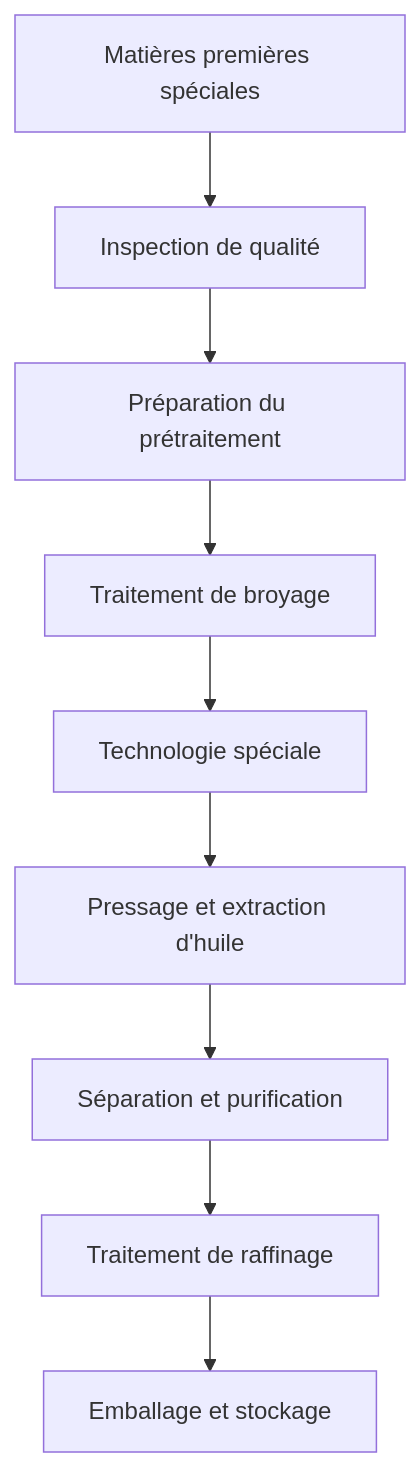
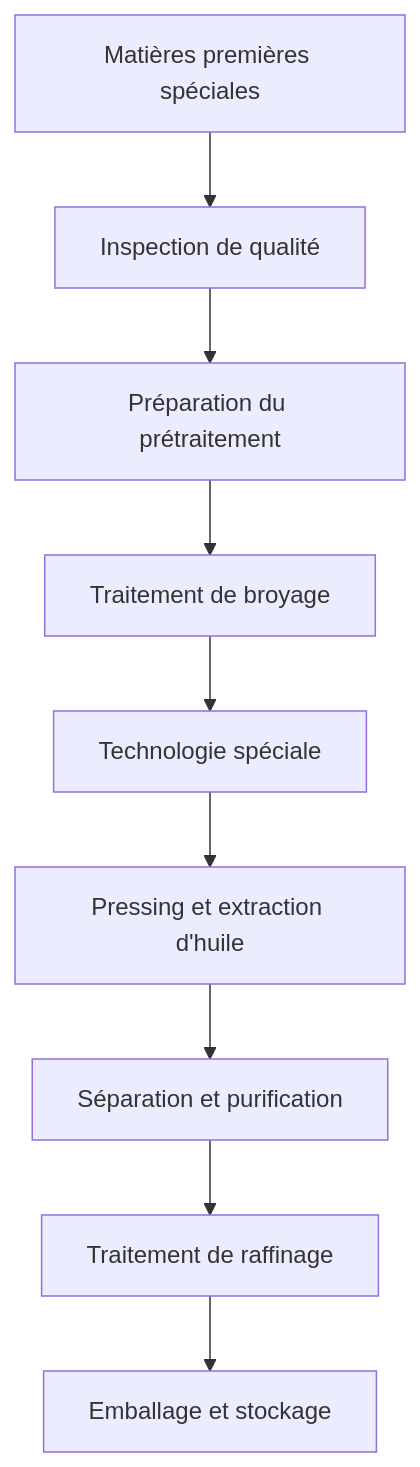
The diagram in docs/fr/solutions/special-oils.md (roryshanshan/oilpress-website), drawn with Mermaid before and after one commit. The commit also changed other lines of this file and 80 other files, not shown here.

````diff
--- a/docs/fr/solutions/special-oils.md
+++ b/docs/fr/solutions/special-oils.md
@@ -61,11 +61,11 @@
 ```mermaid
 graph TD
     A[Matières premières spéciales] --> B[Inspection de qualité]
     B --> C[Préparation du prétraitement]
     C --> D[Traitement de broyage]
     D --> E[Technologie spéciale]
-    E --> F[Pressage et extraction d'huile]
+    E --> F[Pressing et extraction d'huile]
     F --> G[Séparation et purification]
     G --> H[Traitement de raffinage]
     H --> I[Emballage et stockage]
 ```
````
